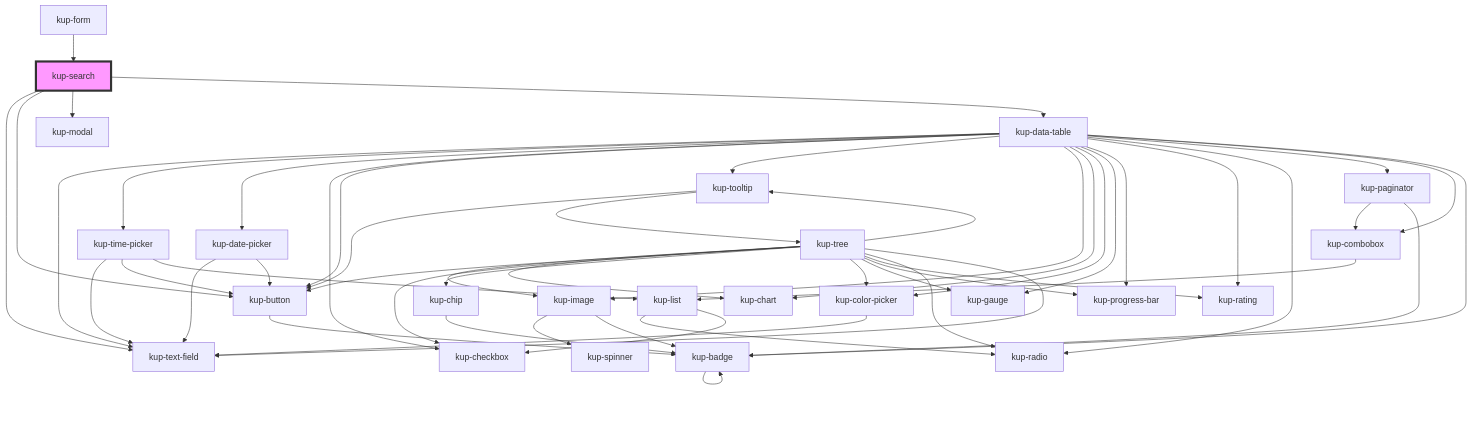
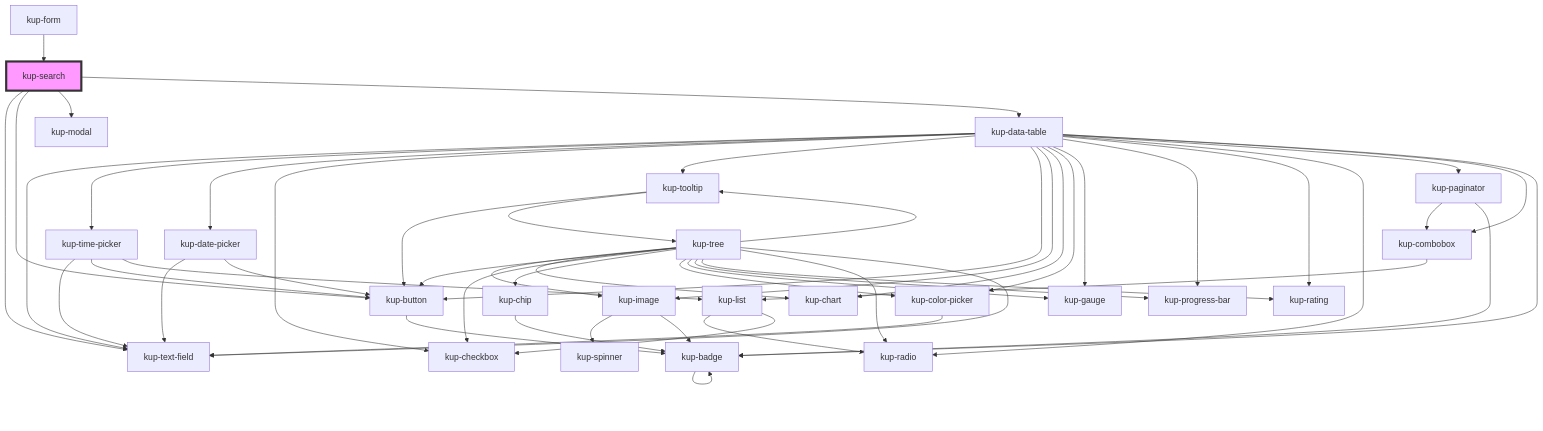
Before and after one commit to smeup/ketchup: the diagram in packages/ketchup/src/components/kup-search/readme.md, drawn with Mermaid. The commit also changed other lines of this file and 4 other files, not shown here.

````diff
--- a/packages/ketchup/src/components/kup-search/readme.md
+++ b/packages/ketchup/src/components/kup-search/readme.md
@@ -43,55 +43,55 @@
 ```mermaid
 graph TD;
   kup-search --> kup-text-field
   kup-search --> kup-button
   kup-search --> kup-modal
   kup-search --> kup-data-table
   kup-button --> kup-badge
   kup-badge --> kup-badge
   kup-data-table --> kup-text-field
   kup-data-table --> kup-time-picker
   kup-data-table --> kup-date-picker
   kup-data-table --> kup-checkbox
+  kup-data-table --> kup-tooltip
   kup-data-table --> kup-button
-  kup-data-table --> kup-tooltip
   kup-data-table --> kup-image
   kup-data-table --> kup-chart
   kup-data-table --> kup-color-picker
   kup-data-table --> kup-gauge
   kup-data-table --> kup-progress-bar
   kup-data-table --> kup-rating
   kup-data-table --> kup-radio
   kup-data-table --> kup-paginator
   kup-data-table --> kup-combobox
   kup-data-table --> kup-badge
   kup-time-picker --> kup-text-field
   kup-time-picker --> kup-button
   kup-time-picker --> kup-list
   kup-list --> kup-radio
   kup-list --> kup-checkbox
   kup-date-picker --> kup-text-field
   kup-date-picker --> kup-button
   kup-tooltip --> kup-button
   kup-tooltip --> kup-tree
   kup-tree --> kup-image
   kup-tree --> kup-button
   kup-tree --> kup-chart
   kup-tree --> kup-checkbox
   kup-tree --> kup-chip
   kup-tree --> kup-color-picker
   kup-tree --> kup-gauge
   kup-tree --> kup-progress-bar
   kup-tree --> kup-rating
   kup-tree --> kup-radio
   kup-tree --> kup-tooltip
   kup-tree --> kup-text-field
   kup-image --> kup-spinner
   kup-image --> kup-badge
   kup-chip --> kup-badge
   kup-color-picker --> kup-text-field
   kup-paginator --> kup-combobox
   kup-paginator --> kup-badge
   kup-combobox --> kup-list
   kup-form --> kup-search
   style kup-search fill:#f9f,stroke:#333,stroke-width:4px
 ```
````
